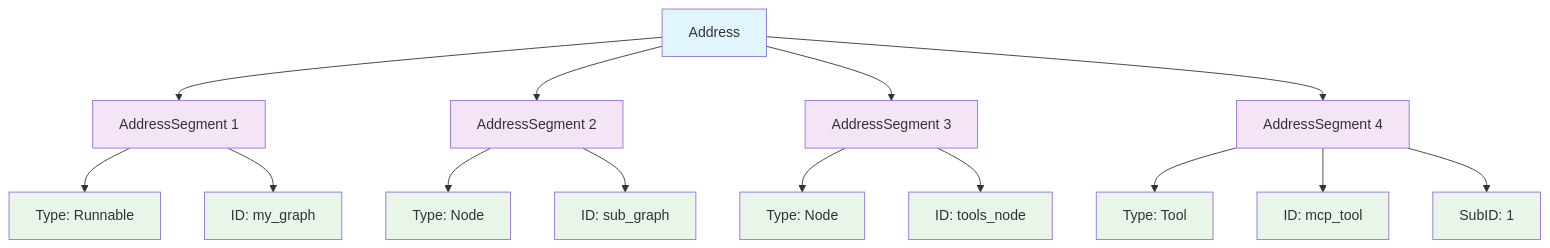
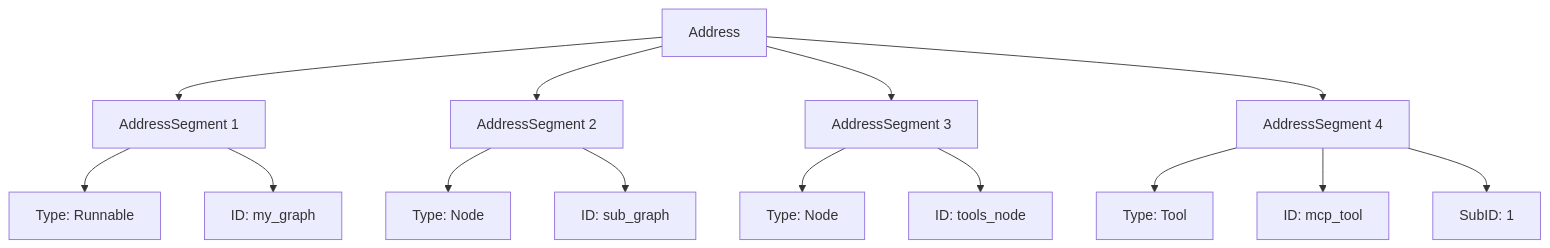
One commit to cloudwego/cloudwego.github.io changed the fifth of 5 diagrams in content/en/docs/eino/core_modules/eino_adk/agent_hitl.md. Above: the diagram before and after it, drawn with Mermaid. The commit also changed other lines of this file and 110 other files, not shown here.

````diff
--- a/content/en/docs/eino/core_modules/eino_adk/agent_hitl.md
+++ b/content/en/docs/eino/core_modules/eino_adk/agent_hitl.md
@@ -934,35 +550,20 @@
 ```mermaid
 graph TD
     A[Address] --> B[AddressSegment 1]
     A --> C[AddressSegment 2]
     A --> D[AddressSegment 3]
     A --> E[AddressSegment 4]
     
     B --> B1[Type: Runnable]
     B --> B2[ID: my_graph]
     
     C --> C1[Type: Node]
     C --> C2[ID: sub_graph]
     
     D --> D1[Type: Node]
     D --> D2[ID: tools_node]
     
     E --> E1[Type: Tool]
     E --> E2[ID: mcp_tool]
     E --> E3[SubID: 1]
-    
-    style A fill:#e1f5fe
-    style B fill:#f3e5f5
-    style C fill:#f3e5f5
-    style D fill:#f3e5f5
-    style E fill:#f3e5f5
-    style B1 fill:#e8f5e8
-    style B2 fill:#e8f5e8
-    style C1 fill:#e8f5e8
-    style C2 fill:#e8f5e8
-    style D1 fill:#e8f5e8
-    style D2 fill:#e8f5e8
-    style E1 fill:#e8f5e8
-    style E2 fill:#e8f5e8
-    style E3 fill:#e8f5e8
 ```
````
